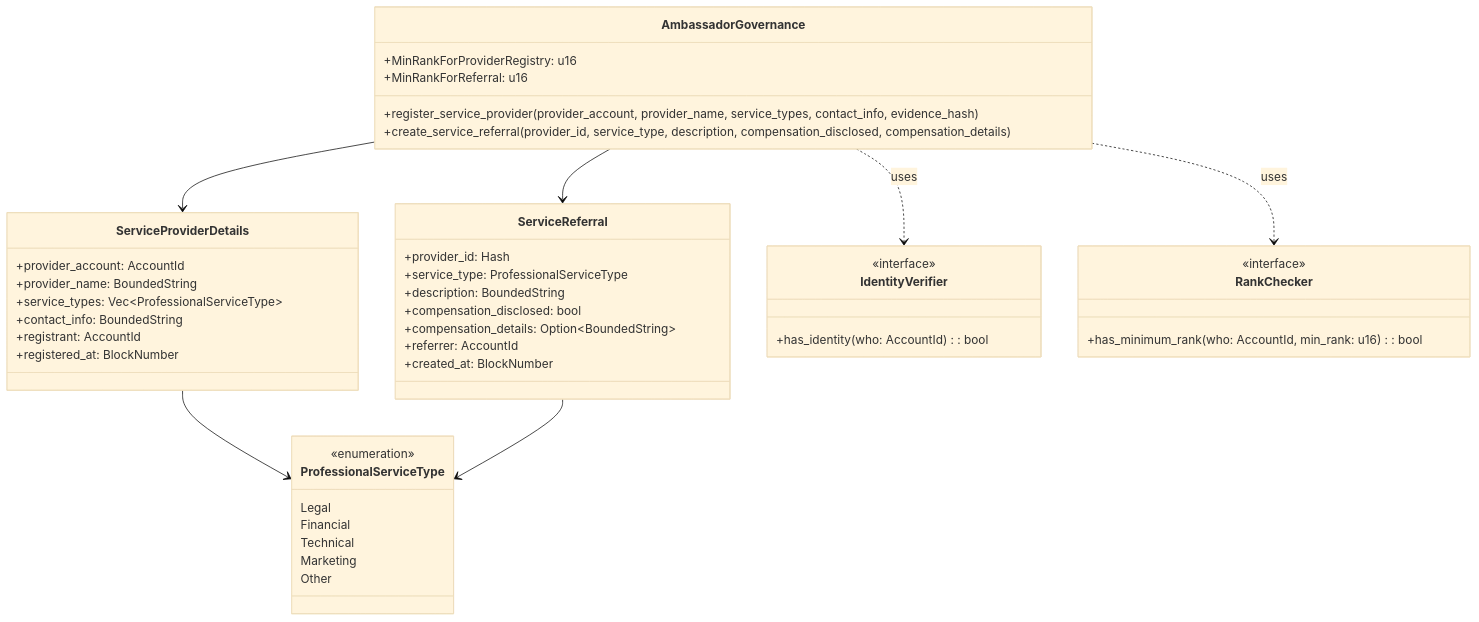
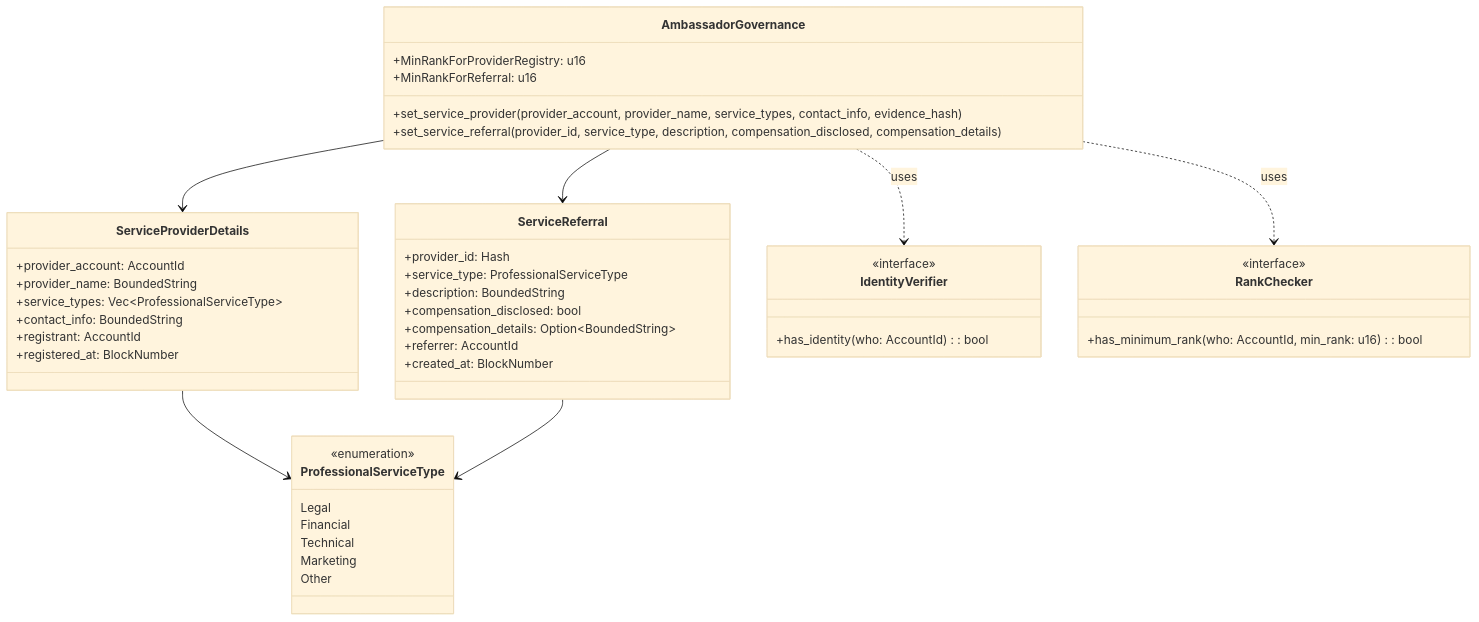
One commit to Doordashcon/runtimes changed diagram 12 of 15 in pallets/ambassador-governance/README.md. Above: the diagram before and after it, drawn with Mermaid (base theme). The commit also changed other lines of this file and 7 other files, not shown here.

````diff
--- a/pallets/ambassador-governance/README.md
+++ b/pallets/ambassador-governance/README.md
@@ -875,54 +903,54 @@
 ```mermaid
 classDiagram
   class AmbassadorGovernance {
-    +register_service_provider(provider_account, provider_name, service_types, contact_info, evidence_hash)
-    +create_service_referral(provider_id, service_type, description, compensation_disclosed, compensation_details)
+    +set_service_provider(provider_account, provider_name, service_types, contact_info, evidence_hash)
+    +set_service_referral(provider_id, service_type, description, compensation_disclosed, compensation_details)
     +MinRankForProviderRegistry: u16
     +MinRankForReferral: u16
   }
 
   class ServiceProviderDetails {
     +provider_account: AccountId
     +provider_name: BoundedString
     +service_types: Vec~ProfessionalServiceType~
     +contact_info: BoundedString
     +registrant: AccountId
     +registered_at: BlockNumber
   }
 
   class ServiceReferral {
     +provider_id: Hash
     +service_type: ProfessionalServiceType
     +description: BoundedString
     +compensation_disclosed: bool
     +compensation_details: Option~BoundedString~
     +referrer: AccountId
     +created_at: BlockNumber
   }
 
   class ProfessionalServiceType {
     <<enumeration>>
     Legal
     Financial
     Technical
     Marketing
     Other
   }
 
   class IdentityVerifier {
     <<interface>>
     +has_identity(who: AccountId): bool
   }
 
   class RankChecker {
     <<interface>>
     +has_minimum_rank(who: AccountId, min_rank: u16): bool
   }
 
   AmbassadorGovernance --> ServiceProviderDetails
   AmbassadorGovernance --> ServiceReferral
   ServiceProviderDetails --> ProfessionalServiceType
   ServiceReferral --> ProfessionalServiceType
   AmbassadorGovernance ..> IdentityVerifier: uses
   AmbassadorGovernance ..> RankChecker: uses
 ```
````
